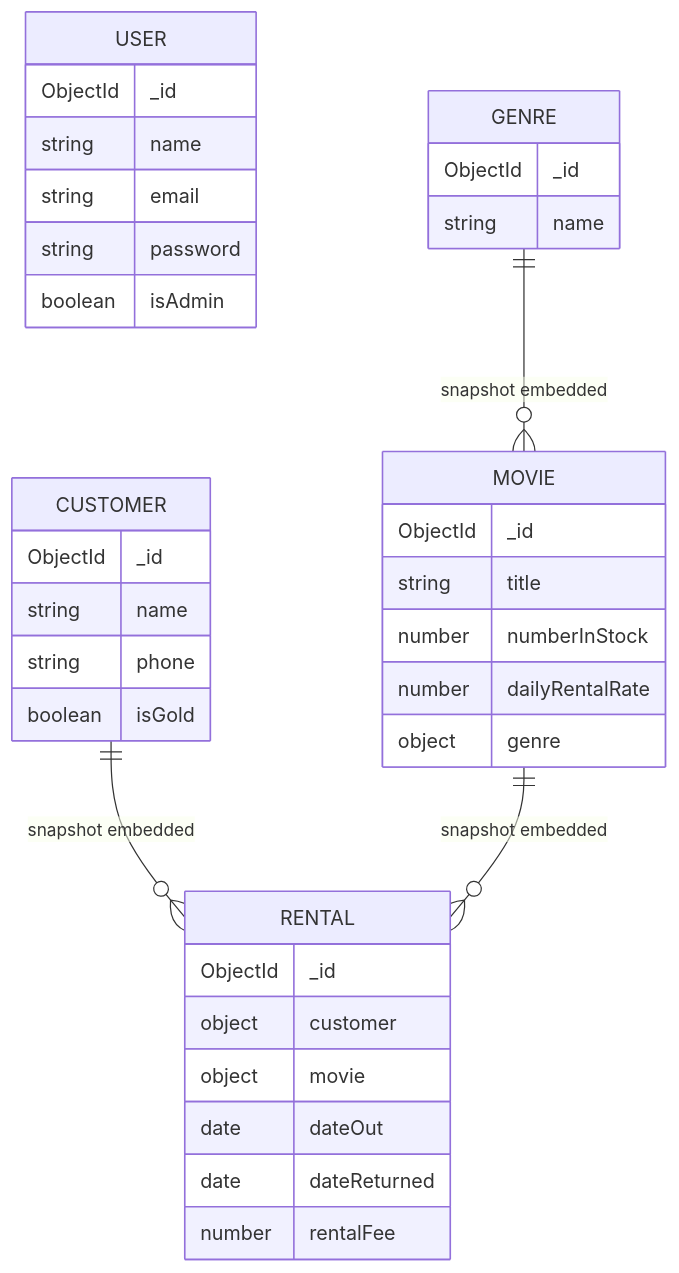
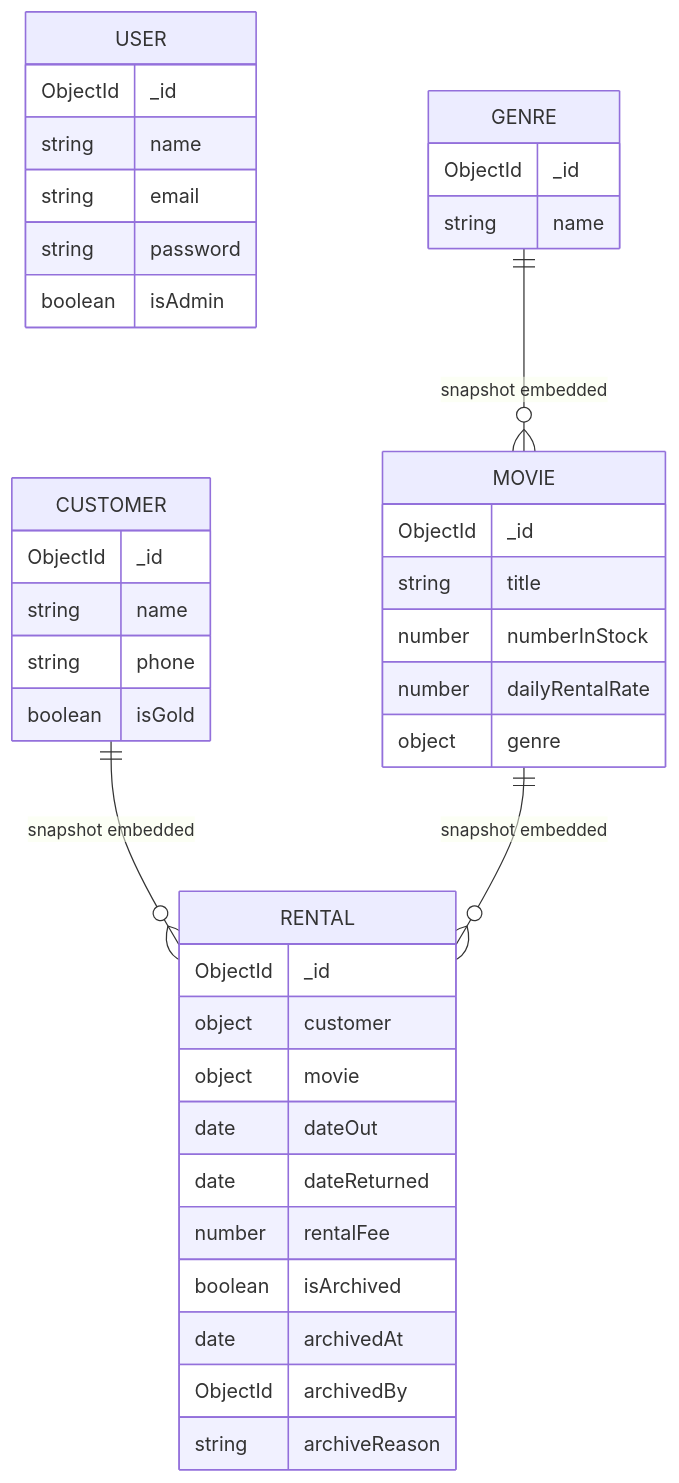
One commit to silalkhan/vidly-full-stack changed the sixth of 7 diagrams in backend/README.md. Above: the diagram before and after it, drawn with Mermaid. The commit also changed other lines of this file and 3 other files, not shown here.

````diff
--- a/backend/README.md
+++ b/backend/README.md
@@ -279,38 +286,42 @@
 ```mermaid
 erDiagram
     USER {
         ObjectId _id
         string name
         string email
         string password
         boolean isAdmin
     }
     GENRE {
         ObjectId _id
         string name
     }
     CUSTOMER {
         ObjectId _id
         string name
         string phone
         boolean isGold
     }
     MOVIE {
         ObjectId _id
         string title
         number numberInStock
         number dailyRentalRate
         object genre
     }
     RENTAL {
         ObjectId _id
         object customer
         object movie
         date dateOut
         date dateReturned
         number rentalFee
+        boolean isArchived
+        date archivedAt
+        ObjectId archivedBy
+        string archiveReason
     }
     GENRE ||--o{ MOVIE : "snapshot embedded"
     CUSTOMER ||--o{ RENTAL : "snapshot embedded"
     MOVIE ||--o{ RENTAL : "snapshot embedded"
 ```
````
